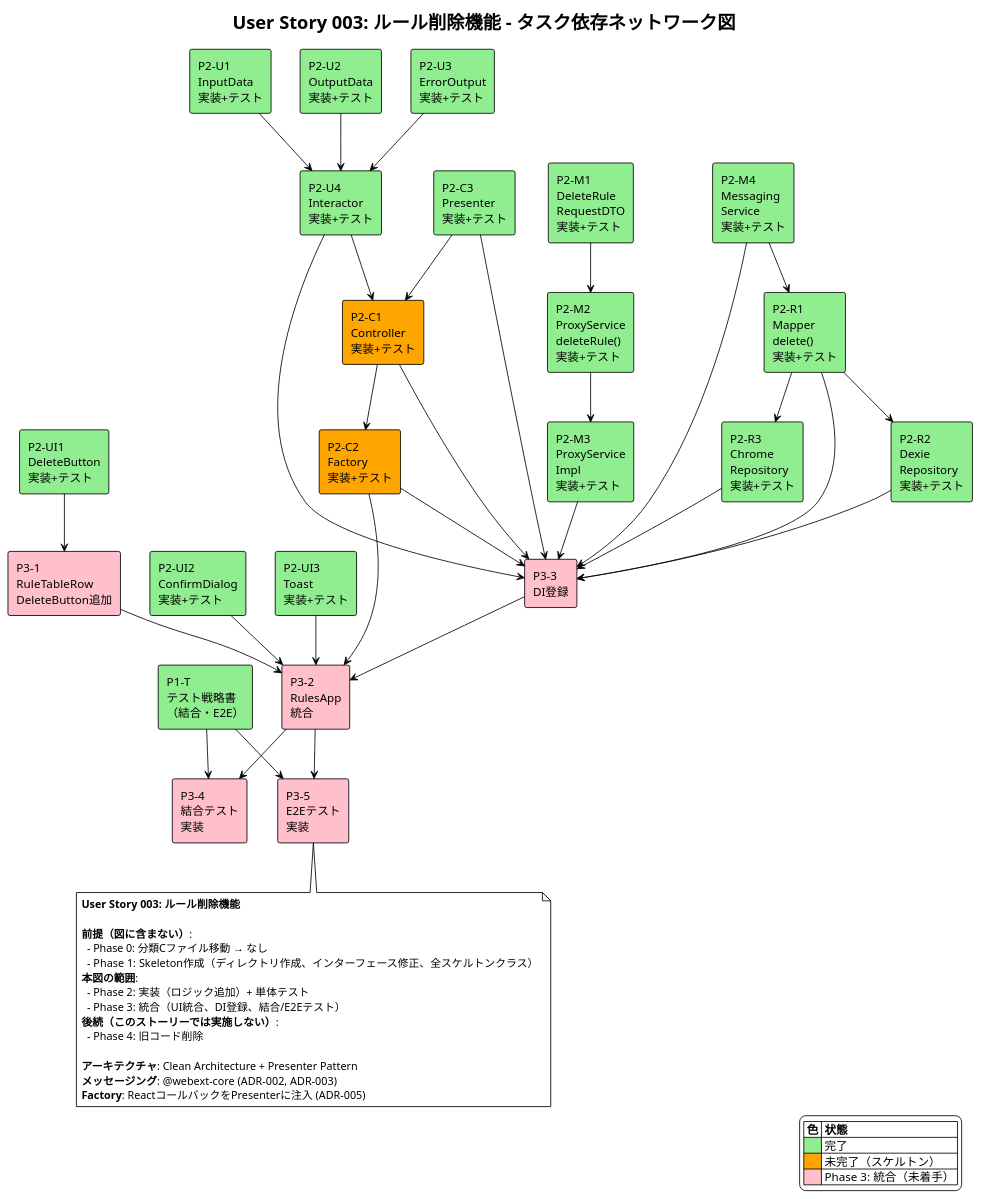
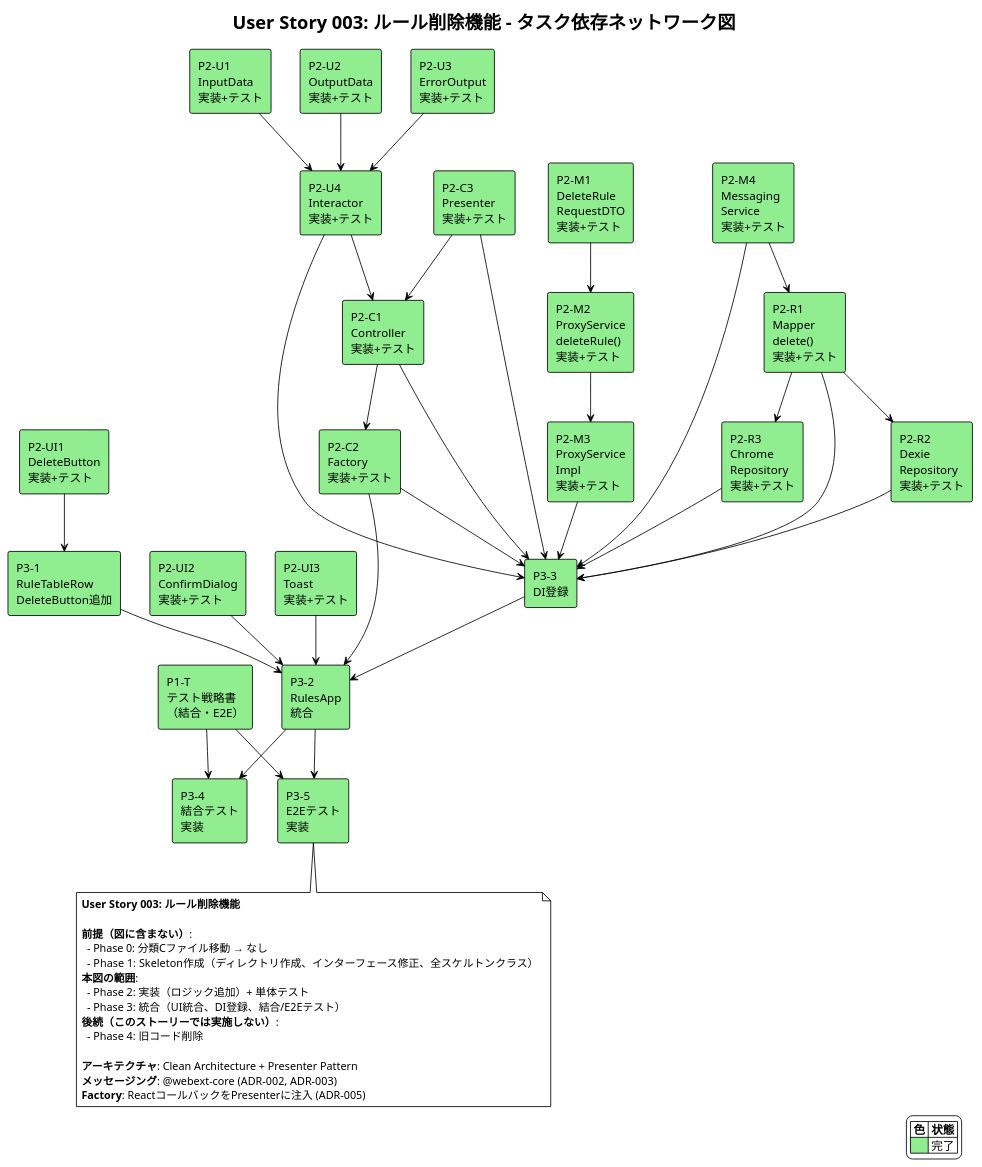
Before and after one commit to akAredminEogre/frog-frame-front: the diagram in docs/user-stories/user-story-003/network-diagram.puml, drawn with PlantUML. The commit also changed 1 other file, not shown here.

Commit message:
docs: mark integration test task as completed in user-story-003
結合テスト（19テスト/5ファイル）がすべてパスしていることを確認し、
READMEのチェックボックスとネットワーク図のステータス色を更新。

https://claude.ai/code/session_01D6hNMtVTwdgrsbiDr34v9F

```diff
--- a/docs/user-stories/user-story-003/network-diagram.puml
+++ b/docs/user-stories/user-story-003/network-diagram.puml
@@ -1,103 +1,101 @@
 @startuml user-story-003-network-diagram
 !theme plain
 title User Story 003: ルール削除機能 - タスク依存ネットワーク図
 
 ' Phase 1: テスト戦略書
 rectangle "P1-T\nテスト戦略書\n（結合・E2E）" as testStrategy #lightgreen
 
 ' Phase 2: 実装 - メッセージング
 rectangle "P2-M1\nDeleteRule\nRequestDTO\n実装+テスト" as requestDtoImpl #lightgreen
 rectangle "P2-M2\nProxyService\ndeleteRule()\n実装+テスト" as proxyImpl #lightgreen
 rectangle "P2-M3\nProxyService\nImpl\n実装+テスト" as proxyImplImpl #lightgreen
 rectangle "P2-M4\nMessaging\nService\n実装+テスト" as msgImpl #lightgreen
 
 ' Phase 2: 実装 - Mapper/Repository
 rectangle "P2-R1\nMapper\ndelete()\n実装+テスト" as mapperImpl #lightgreen
 rectangle "P2-R2\nDexie\nRepository\n実装+テスト" as dexieImpl #lightgreen
 rectangle "P2-R3\nChrome\nRepository\n実装+テスト" as chromeImpl #lightgreen
 
 ' Phase 2: 実装 - UseCase
 rectangle "P2-U1\nInputData\n実装+テスト" as inputImpl #lightgreen
 rectangle "P2-U2\nOutputData\n実装+テスト" as outputImpl #lightgreen
 rectangle "P2-U3\nErrorOutput\n実装+テスト" as errorImpl #lightgreen
 rectangle "P2-U4\nInteractor\n実装+テスト" as interactorImpl #lightgreen
 
 ' Phase 2: 実装 - Controller/Presenter
-rectangle "P2-C1\nController\n実装+テスト" as controllerImpl #orange
-rectangle "P2-C2\nFactory\n実装+テスト" as factoryImpl #orange
+rectangle "P2-C1\nController\n実装+テスト" as controllerImpl #lightgreen
+rectangle "P2-C2\nFactory\n実装+テスト" as factoryImpl #lightgreen
 rectangle "P2-C3\nPresenter\n実装+テスト" as presenterImpl #lightgreen
 
 ' Phase 2: 実装 - UI
 rectangle "P2-UI1\nDeleteButton\n実装+テスト" as deleteBtnImpl #lightgreen
 rectangle "P2-UI2\nConfirmDialog\n実装+テスト" as confirmImpl #lightgreen
 rectangle "P2-UI3\nToast\n実装+テスト" as toastImpl #lightgreen
 
 ' Phase 3: 統合
-rectangle "P3-1\nRuleTableRow\nDeleteButton追加" as tableRowInteg #pink
-rectangle "P3-2\nRulesApp\n統合" as rulesAppInteg #pink
-rectangle "P3-3\nDI登録" as diReg #pink
-rectangle "P3-4\n結合テスト\n実装" as integrationTest #pink
-rectangle "P3-5\nE2Eテスト\n実装" as e2eTest #pink
+rectangle "P3-1\nRuleTableRow\nDeleteButton追加" as tableRowInteg #lightgreen
+rectangle "P3-2\nRulesApp\n統合" as rulesAppInteg #lightgreen
+rectangle "P3-3\nDI登録" as diReg #lightgreen
+rectangle "P3-4\n結合テスト\n実装" as integrationTest #lightgreen
+rectangle "P3-5\nE2Eテスト\n実装" as e2eTest #lightgreen
 
 ' 依存関係: Phase 2 内部
 requestDtoImpl --> proxyImpl
 proxyImpl --> proxyImplImpl
 msgImpl --> mapperImpl
 mapperImpl --> dexieImpl
 mapperImpl --> chromeImpl
 inputImpl --> interactorImpl
 outputImpl --> interactorImpl
 errorImpl --> interactorImpl
 interactorImpl --> controllerImpl
 presenterImpl --> controllerImpl
 controllerImpl --> factoryImpl
 
 ' 依存関係: Phase 2 → Phase 3
 deleteBtnImpl --> tableRowInteg
 tableRowInteg --> rulesAppInteg
 confirmImpl --> rulesAppInteg
 toastImpl --> rulesAppInteg
 factoryImpl --> rulesAppInteg
 controllerImpl --> diReg
 presenterImpl --> diReg
 factoryImpl --> diReg
 interactorImpl --> diReg
 proxyImplImpl --> diReg
 msgImpl --> diReg
 mapperImpl --> diReg
 dexieImpl --> diReg
 chromeImpl --> diReg
 diReg --> rulesAppInteg
 
 ' 依存関係: テスト
 testStrategy --> integrationTest
 testStrategy --> e2eTest
 rulesAppInteg --> integrationTest
 rulesAppInteg --> e2eTest
 
 ' 凡例
 legend right
   |= 色 |= 状態 |
   | <#lightgreen> | 完了 |
-  | <#orange> | 未完了（スケルトン） |
-  | <#pink> | Phase 3: 統合（未着手） |
 endlegend
 
 note bottom
 **User Story 003: ルール削除機能**
 
 **前提（図に含まない）**:
   - Phase 0: 分類Cファイル移動 → なし
   - Phase 1: Skeleton作成（ディレクトリ作成、インターフェース修正、全スケルトンクラス）
 **本図の範囲**:
   - Phase 2: 実装（ロジック追加）+ 単体テスト
   - Phase 3: 統合（UI統合、DI登録、結合/E2Eテスト）
 **後続（このストーリーでは実施しない）**:
   - Phase 4: 旧コード削除
 
 **アーキテクチャ**: Clean Architecture + Presenter Pattern
 **メッセージング**: @webext-core (ADR-002, ADR-003)
 **Factory**: ReactコールバックをPresenterに注入 (ADR-005)
 end note
 
 @enduml
```
